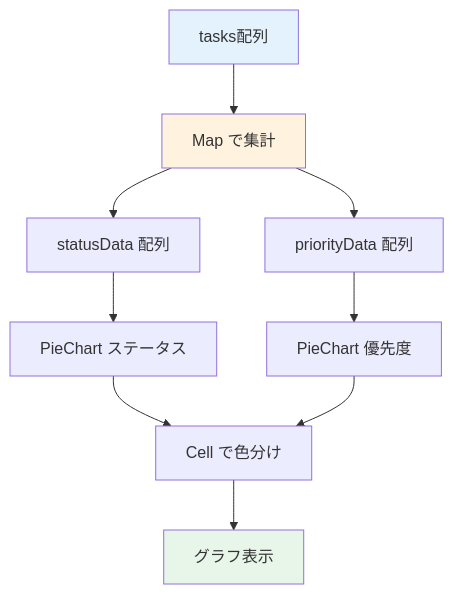
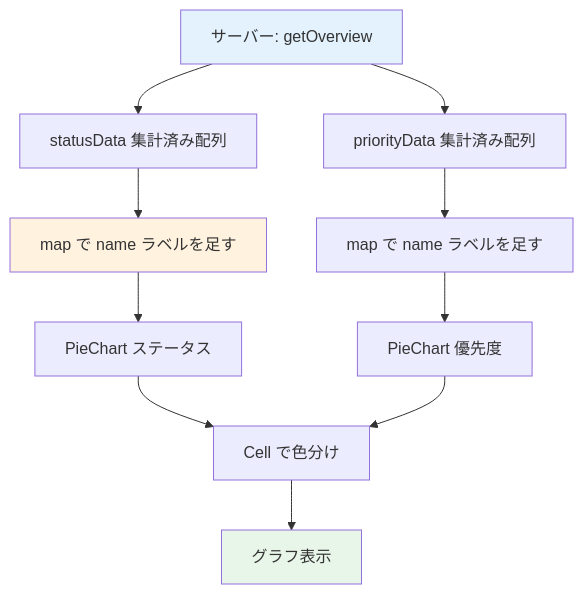
The diagram in material/30days-curriculum/day22_グラフを表示.md (kouiso/task-app), drawn with Mermaid before and after one commit. The commit also changed other lines of this file and 93 other files, not shown here.

````diff
--- a/material/30days-curriculum/day22_グラフを表示.md
+++ b/material/30days-curriculum/day22_グラフを表示.md
@@ -42,15 +44,16 @@
 ```mermaid
 flowchart TD
-    A[tasks配列] --> B[Map で集計]
-    B --> C[statusData 配列]
-    B --> D[priorityData 配列]
-    C --> E[PieChart ステータス]
-    D --> F[PieChart 優先度]
-    E --> G[Cell で色分け]
-    F --> G
-    G --> H[グラフ表示]
+    A[サーバー: getOverview] --> B[statusData 集計済み配列]
+    A --> C[priorityData 集計済み配列]
+    B --> D[map で name ラベルを足す]
+    C --> E[map で name ラベルを足す]
+    D --> F[PieChart ステータス]
+    E --> G[PieChart 優先度]
+    F --> H[Cell で色分け]
+    G --> H
+    H --> I[グラフ表示]
 
     style A fill:#e3f2fd
-    style B fill:#fff3e0
-    style H fill:#e8f5e9
+    style D fill:#fff3e0
+    style I fill:#e8f5e9
 ```
````
